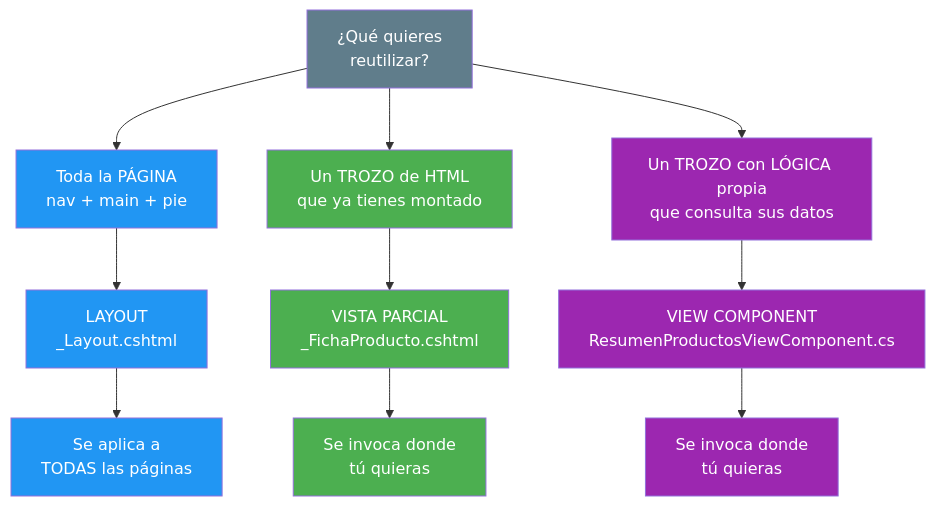
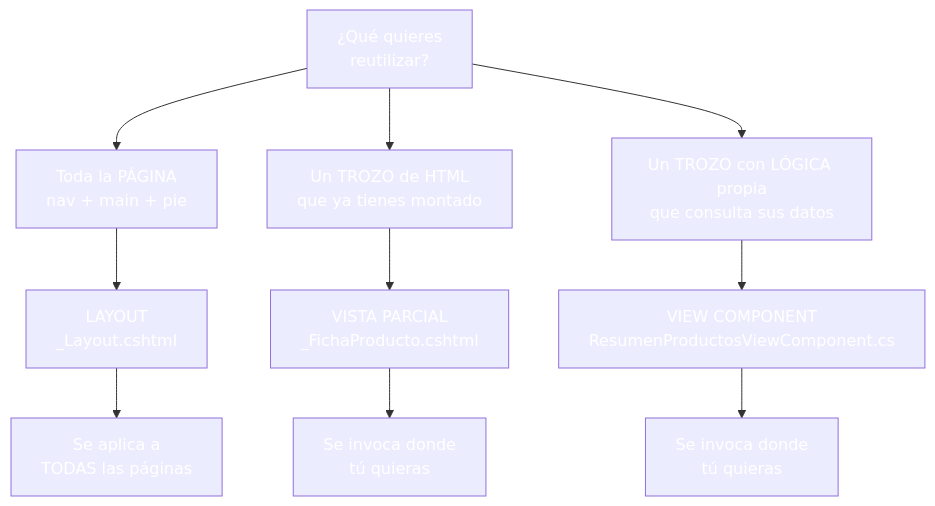
Before and after one commit to joseluisgs/DesarrolloWebEntornosServidor-03-2026-2027: the first of 5 diagrams in 05-layouts-partials-componentes.md, drawn with Mermaid. The commit also changed other lines of this file and 30 other files, not shown here.

````diff
--- a/05-layouts-partials-componentes.md
+++ b/05-layouts-partials-componentes.md
@@ -91,25 +91,25 @@
 ```mermaid
 graph TD
     A["¿Qué quieres<br/>reutilizar?"] --> B["Toda la PÁGINA<br/>nav + main + pie"]
     A --> C["Un TROZO de HTML<br/>que ya tienes montado"]
     A --> D["Un TROZO con LÓGICA propia<br/>que consulta sus datos"]
 
     B --> B1["LAYOUT<br/>_Layout.cshtml"]
     C --> C1["VISTA PARCIAL<br/>_FichaProducto.cshtml"]
     D --> D1["VIEW COMPONENT<br/>ResumenProductosViewComponent.cs"]
 
     B1 --> E["Se aplica a<br/>TODAS las páginas"]
     C1 --> F["Se invoca donde<br/>tú quieras"]
     D1 --> G["Se invoca donde<br/>tú quieras"]
 
-    style A fill:#607D8B,color:#fff
-    style B fill:#2196F3,color:#fff
-    style C fill:#4CAF50,color:#fff
-    style D fill:#9C27B0,color:#fff
-    style B1 fill:#2196F3,color:#fff
-    style C1 fill:#4CAF50,color:#fff
-    style D1 fill:#9C27B0,color:#fff
-    style E fill:#2196F3,color:#fff
-    style F fill:#4CAF50,color:#fff
-    style G fill:#9C27B0,color:#fff
+    style A fill:#607D8,color:#fffB,color:#fff
+    style B fill:#2196F,color:#fff3,color:#fff
+    style C fill:#4CAF5,color:#fff0,color:#fff
+    style D fill:#9C27B,color:#fff0,color:#fff
+    style B1 fill:#2196F,color:#fff3,color:#fff
+    style C1 fill:#4CAF5,color:#fff0,color:#fff
+    style D1 fill:#9C27B,color:#fff0,color:#fff
+    style E fill:#2196F,color:#fff3,color:#fff
+    style F fill:#4CAF5,color:#fff0,color:#fff
+    style G fill:#9C27B,color:#fff0,color:#fff
 ```
````
